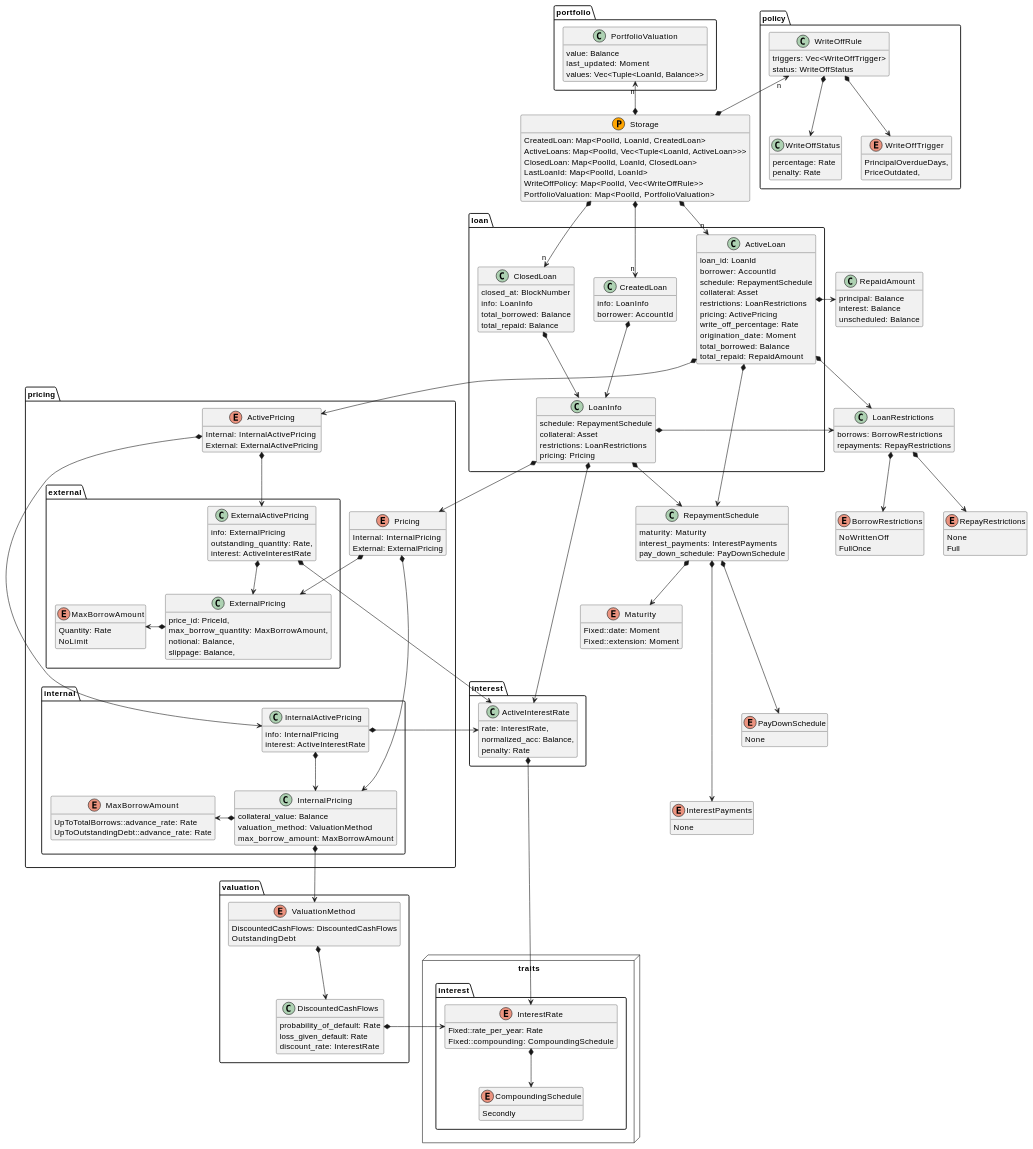
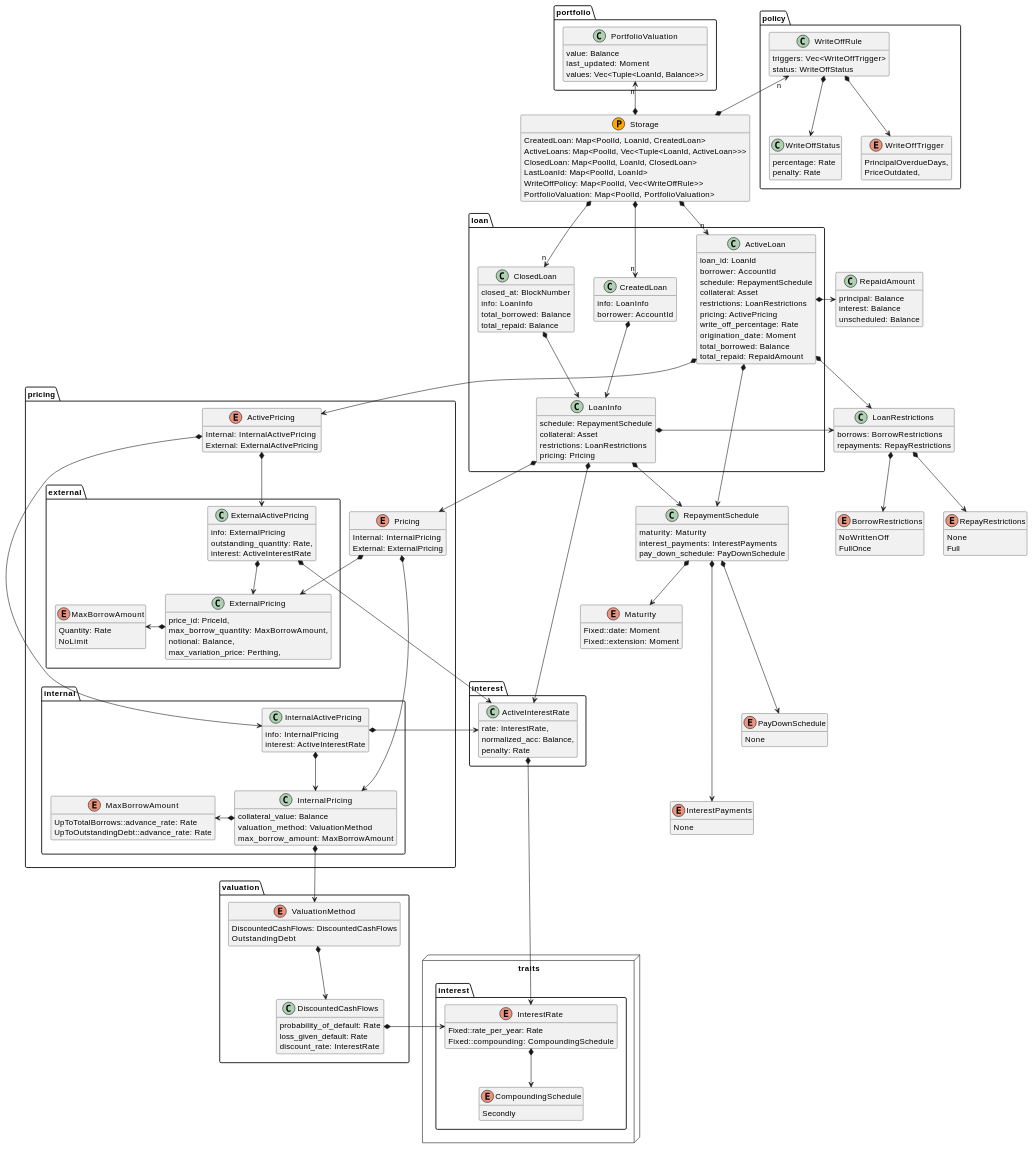
Before and after one commit to centrifuge/centrifuge-chain: the diagram in pallets/loans/docs/types.md, drawn with PlantUML. The commit also changed 6 other files, not shown here.

```diff
--- a/pallets/loans/docs/types.md
+++ b/pallets/loans/docs/types.md
@@ -156,7 +156,7 @@
             price_id: PriceId,
             max_borrow_quantity: MaxBorrowAmount,
             notional: Balance,
-            slippage: Balance,
+            max_variation_price: Perthing,
         }
 
         ExternalPricing *-l-> MaxBorrowAmount
```
